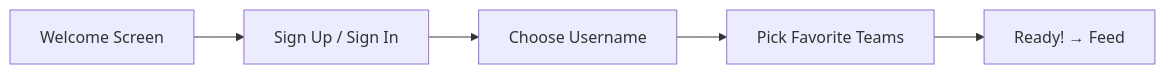
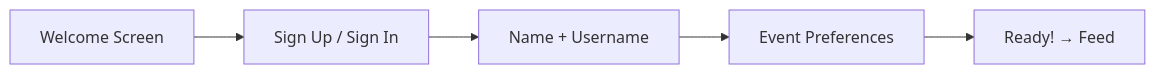
One commit to jonahr4/LogIt changed the third of 3 diagrams in docs/UI_AND_FLOWS.md. Above: the diagram before and after it, drawn with Mermaid. The commit also changed other lines of this file and 7 other files, not shown here.

Commit message:
finetuned documentation and schemas for scalablity

````diff
--- a/docs/UI_AND_FLOWS.md
+++ b/docs/UI_AND_FLOWS.md
@@ -189,7 +196,7 @@
 ```mermaid
 graph LR
     A["Welcome Screen"] --> B["Sign Up / Sign In"]
-    B --> C["Choose Username"]
-    C --> D["Pick Favorite Teams"]
+    B --> C["Name + Username"]
+    C --> D["Event Preferences"]
     D --> E["Ready! → Feed"]
 ```
````
